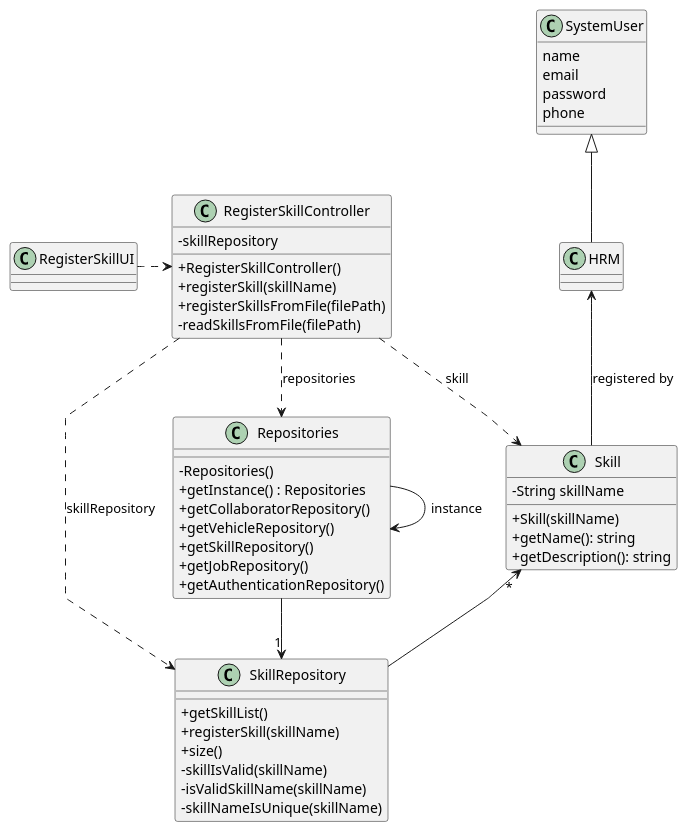
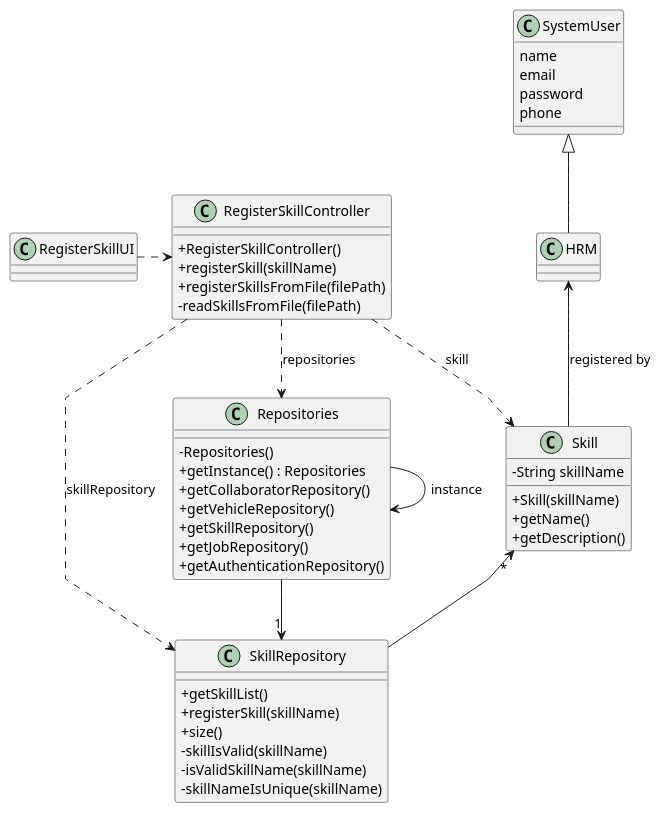
The diagram in docs/sprintB/us001/03.design/puml/us001-class-diagram.puml (Departamento-de-Engenharia-Informatica/lei-24-s2-1do-g164), drawn with PlantUML before and after one commit. The commit also changed 2 other files, not shown here.

Commit message:
US2(docs): class diagram of US1 finished with small changes and US2 class diagram fully made

```diff
--- a/docs/sprintB/us001/03.design/puml/us001-class-diagram.puml
+++ b/docs/sprintB/us001/03.design/puml/us001-class-diagram.puml
@@ -1,72 +1,71 @@
 @startuml
 'skinparam monochrome true
 skinparam packageStyle rectangle
 skinparam shadowing false
 skinparam linetype polyline
 'skinparam linetype orto
 
 skinparam classAttributeIconSize 0
 
 'left to right direction
 
 class Skill {
     - String skillName
     + Skill(skillName)
-    + getName(): string
-    + getDescription(): string
+    + getName()
+    + getDescription()
 }
 
 class Repositories {
 
 
     - Repositories()
     + getInstance() : Repositories
     + getCollaboratorRepository()
     + getVehicleRepository()
     + getSkillRepository()
     + getJobRepository()
     + getAuthenticationRepository()
 }
 
 class SkillRepository {
 
     + getSkillList()
     + registerSkill(skillName)
     + size()
     - skillIsValid(skillName)
     - isValidSkillName(skillName)
     - skillNameIsUnique(skillName)
 }
 
 class RegisterSkillController {
-    - skillRepository
 
     + RegisterSkillController()
     + registerSkill(skillName)
     + registerSkillsFromFile(filePath)
     - readSkillsFromFile(filePath)
 }
 
 class HRM {}
 
 class SystemUser {
     name
     email
     password
     phone
 }
 
 class RegisterSkillUI {}
 
 SystemUser <|-- HRM
 HRM  <-- Skill : registered by
 RegisterSkillController ..> Repositories : repositories
 RegisterSkillController ..> SkillRepository : skillRepository
 RegisterSkillController ..> Skill : skill
 
 RegisterSkillUI .> RegisterSkillController
 Repositories -->"1" SkillRepository
 Repositories -> Repositories : instance
 Skill "*" <-- SkillRepository
 
 @enduml
```
